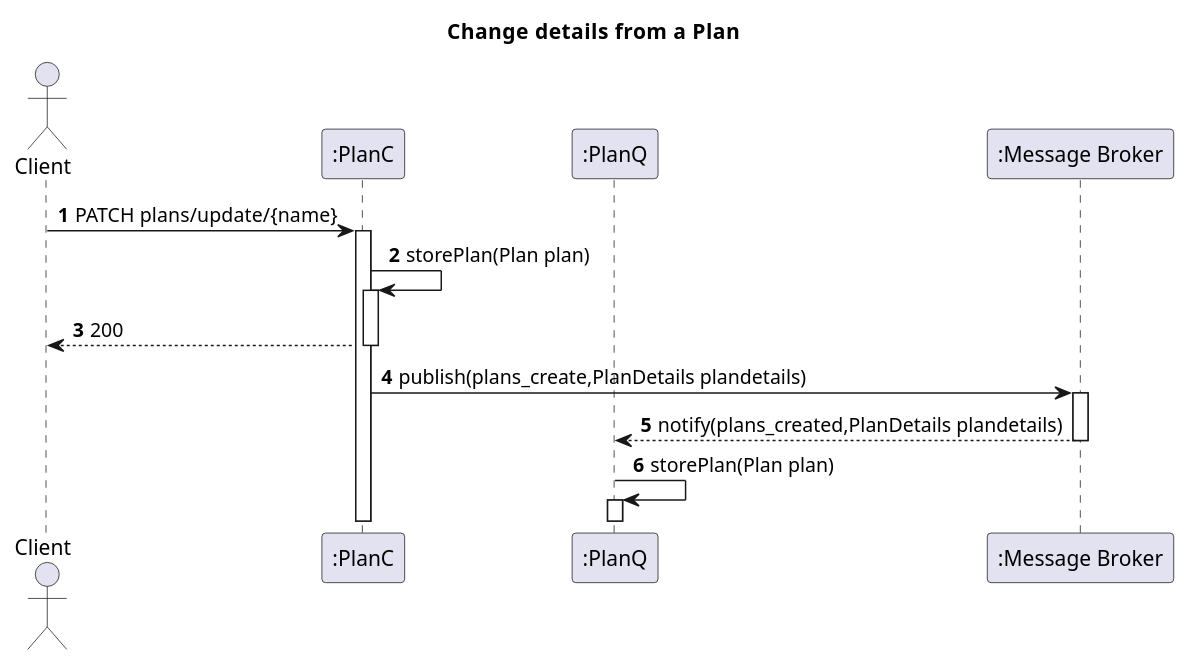
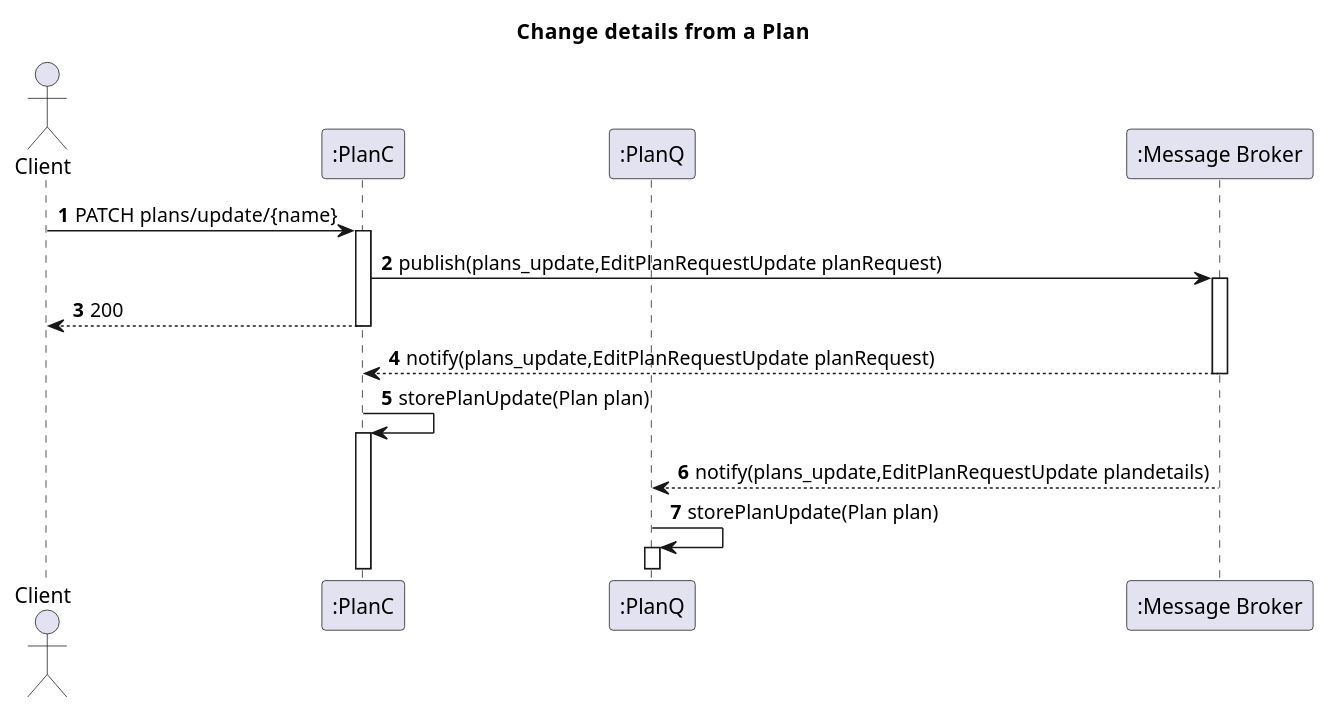
One commit to IsepMartimOliveira/SIDIS changed the diagram in docs_sidis/Segunda_Avalição/Plans/Vista_Logica/N2/N2_ChangeDetails_Plan.puml. Above: the diagram before and after it, drawn with PlantUML. The commit also changed 7 other files, not shown here.

```diff
--- a/docs_sidis/Segunda_Avalição/Plans/Vista_Logica/N2/N2_ChangeDetails_Plan.puml
+++ b/docs_sidis/Segunda_Avalição/Plans/Vista_Logica/N2/N2_ChangeDetails_Plan.puml
@@ -1,23 +1,26 @@
 @startuml
 'https://plantuml.com/sequence-diagram
 autoactivate on
 autonumber
 title  Change details from  a  Plan
 
 autonumber
 
 actor "Client" as Ac
 participant ":PlanC" as Auth
 participant ":PlanQ" as Serv
 
 participant ":Message Broker" as Broker
 
 Ac->Auth:PATCH plans/update/{name}
-Auth->Auth:storePlan(Plan plan)
+Auth->Broker: publish(plans_update,EditPlanRequestUpdate planRequest)
+
 Auth-->Ac:200
 
-Auth->Broker: publish(plans_create,PlanDetails plandetails)
-Broker-->Serv:notify(plans_created,PlanDetails plandetails)
-Serv->Serv:storePlan(Plan plan)
 
+Broker-->Auth:notify(plans_update,EditPlanRequestUpdate planRequest)
+Auth->Auth:storePlanUpdate(Plan plan)
+
+Broker-->Serv:notify(plans_update,EditPlanRequestUpdate plandetails)
+Serv->Serv:storePlanUpdate(Plan plan)
 @enduml
```
